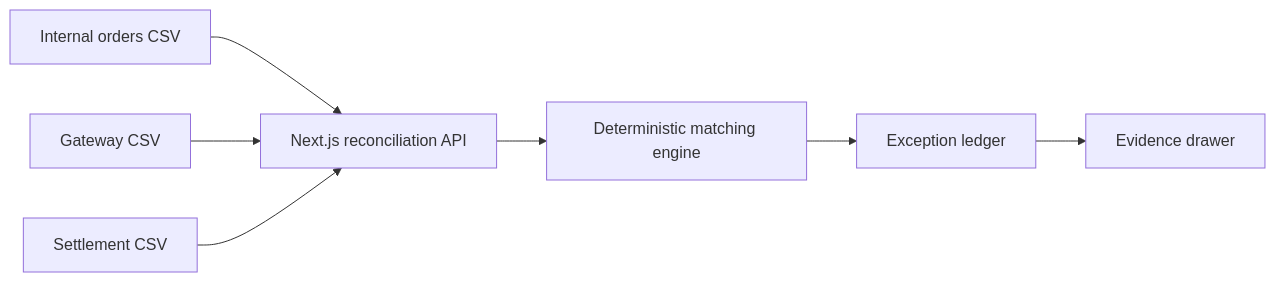
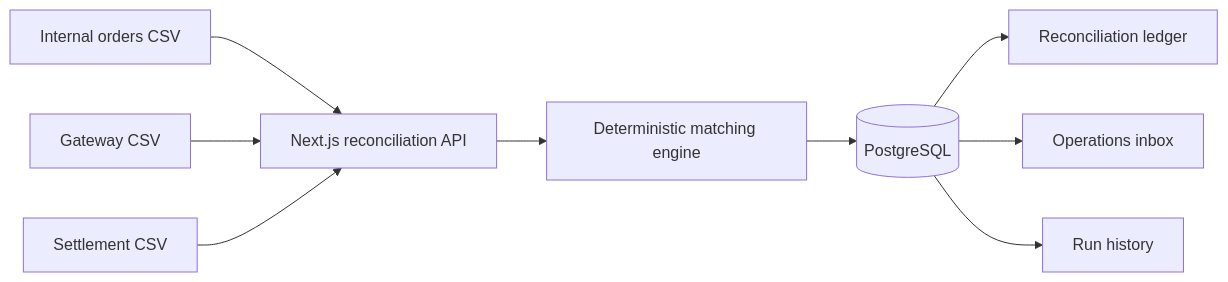
The diagram in README.md (himanisharrma/payops-copilot), drawn with Mermaid before and after one commit. The commit also changed other lines of this file and 24 other files, not shown here.

Commit message:
Add PostgreSQL operations backend

````diff
--- a/README.md
+++ b/README.md
@@ -31,9 +36,11 @@
 ```mermaid
 flowchart LR
     A[Internal orders CSV] --> D[Next.js reconciliation API]
     B[Gateway CSV] --> D
     C[Settlement CSV] --> D
     D --> E[Deterministic matching engine]
-    E --> F[Exception ledger]
-    F --> G[Evidence drawer]
+    E --> F[(PostgreSQL)]
+    F --> G[Reconciliation ledger]
+    F --> H[Operations inbox]
+    F --> I[Run history]
 ```
````
